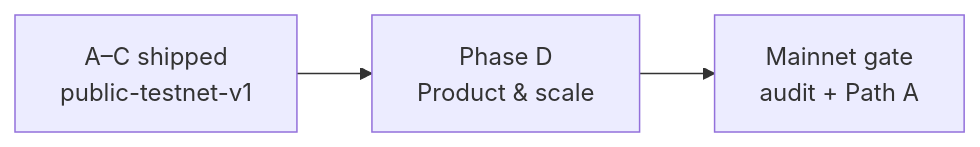
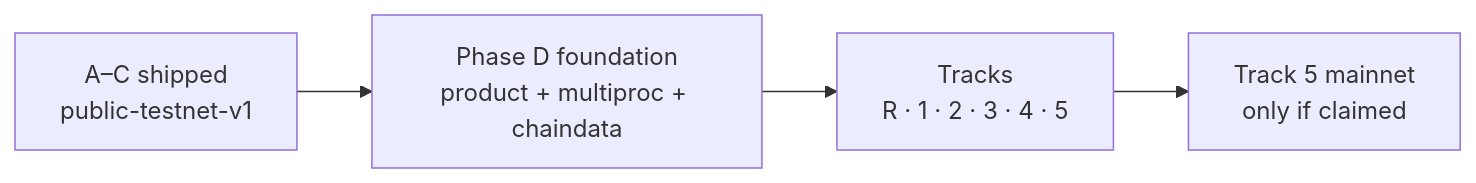
Before and after one commit to dewnetwork/dew: the first of 2 diagrams in docs/overview/vision.md, drawn with Mermaid. The commit also changed other lines of this file and 9 other files, not shown here.

````diff
--- a/docs/overview/vision.md
+++ b/docs/overview/vision.md
@@ -51,5 +51,6 @@
 ```mermaid
 flowchart LR
-  A[A–C shipped<br/>public-testnet-v1] --> D[Phase D<br/>Product & scale]
-  D --> M[Mainnet gate<br/>audit + Path A]
+  A[A–C shipped<br/>public-testnet-v1] --> D[Phase D foundation<br/>product + multiproc + chaindata]
+  D --> T[Tracks<br/>R · 1 · 2 · 3 · 4 · 5]
+  T --> M[Track 5 mainnet<br/>only if claimed]
 ```
````
